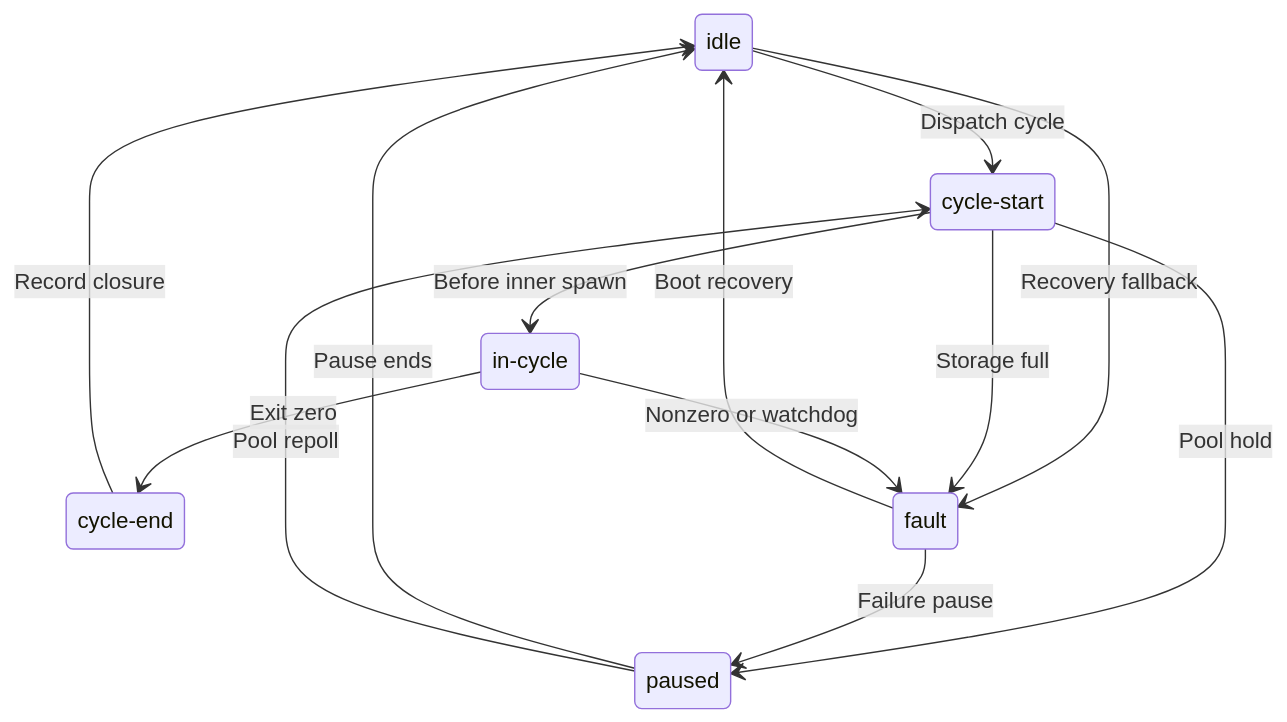
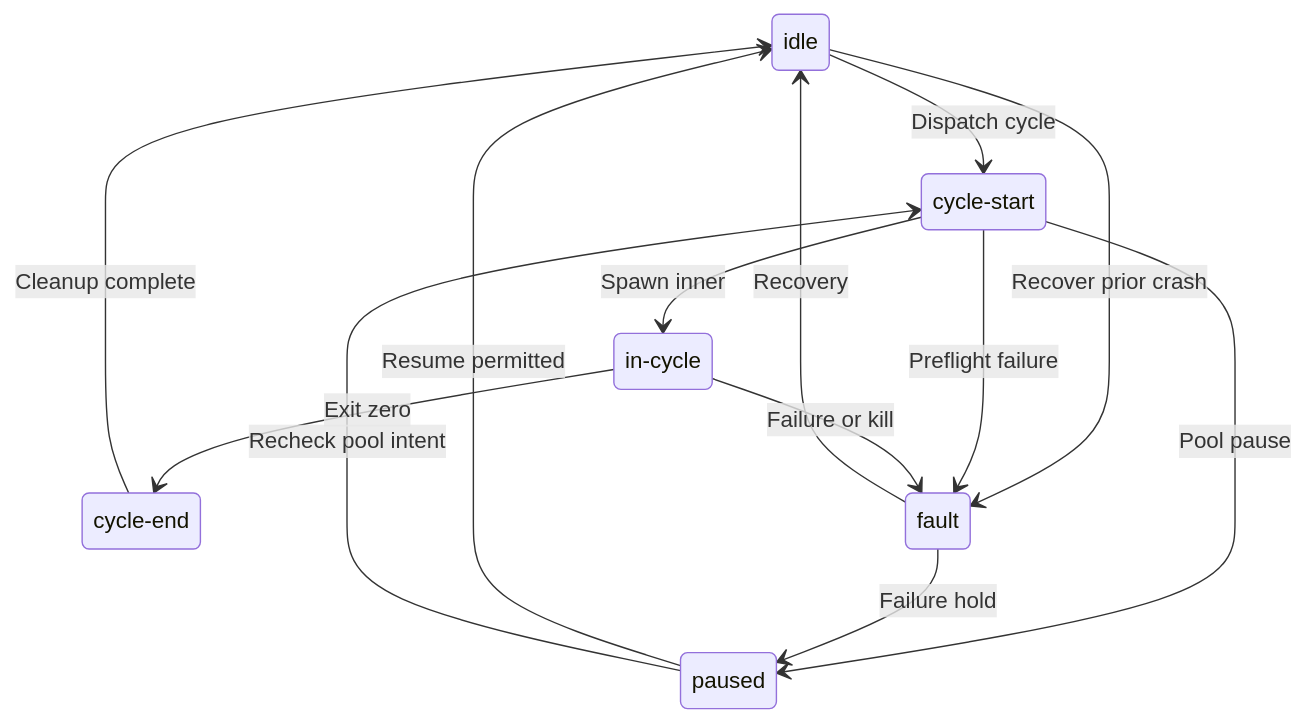
The first of 3 diagrams in docs/design/04-lifecycle-state.md (alissonsol/yuruna), drawn with Mermaid before and after one commit. The commit also changed other lines of this file and 763 other files, not shown here.

````diff
--- a/docs/design/04-lifecycle-state.md
+++ b/docs/design/04-lifecycle-state.md
@@ -9,21 +9,21 @@
 ```mermaid
 stateDiagram-v2
     state "idle" as idle
-    state "cycle-start" as cycle_start
-    state "in-cycle" as in_cycle
-    state "cycle-end" as cycle_end
+    state "cycle-start" as start
+    state "in-cycle" as cycle
+    state "cycle-end" as finish
     state "fault" as fault
     state "paused" as paused
-    idle --> cycle_start: Dispatch cycle
-    idle --> fault: Recovery fallback
-    cycle_start --> in_cycle: Before inner spawn
-    cycle_start --> fault: Storage full
-    cycle_start --> paused: Pool hold
-    in_cycle --> cycle_end: Exit zero
-    in_cycle --> fault: Nonzero or watchdog
-    cycle_end --> idle: Record closure
-    fault --> paused: Failure pause
-    fault --> idle: Boot recovery
-    paused --> idle: Pause ends
-    paused --> cycle_start: Pool repoll
+    idle --> start: Dispatch cycle
+    idle --> fault: Recover prior crash
+    start --> cycle: Spawn inner
+    start --> fault: Preflight failure
+    start --> paused: Pool pause
+    cycle --> finish: Exit zero
+    cycle --> fault: Failure or kill
+    finish --> idle: Cleanup complete
+    fault --> paused: Failure hold
+    fault --> idle: Recovery
+    paused --> idle: Resume permitted
+    paused --> start: Recheck pool intent
 ```
````
